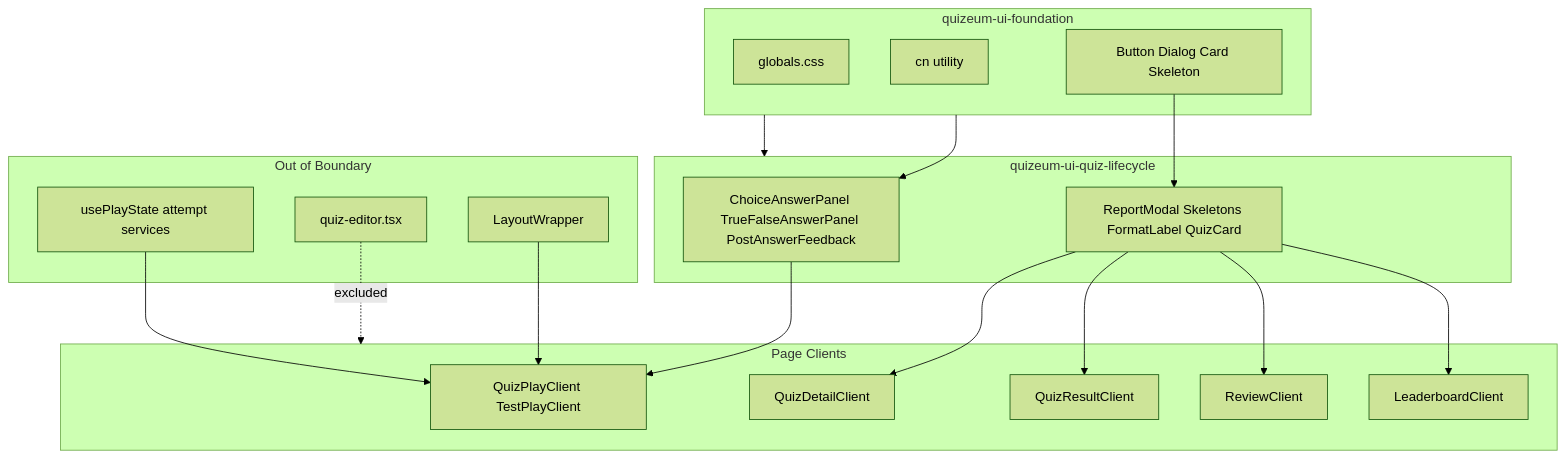
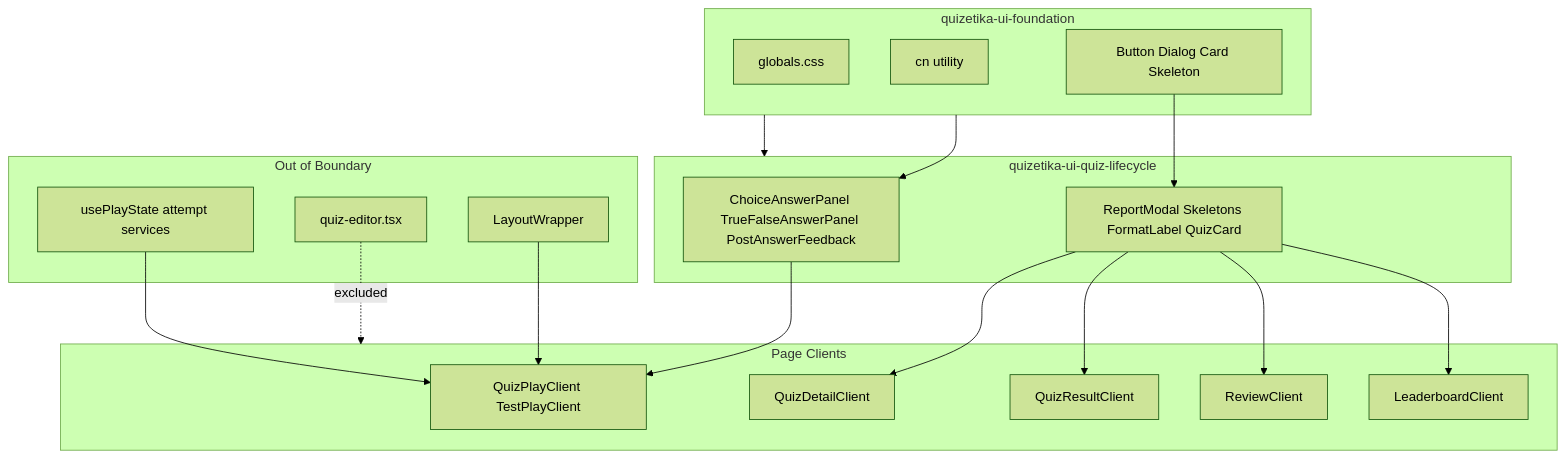
One commit to npressoworks/quizetika changed the first of 4 diagrams in .kiro/specs/quizeum-ui-quiz-lifecycle/design.md. Above: the diagram before and after it, drawn with Mermaid (forest theme). The commit also changed other lines of this file and 207 other files, not shown here.

````diff
--- a/.kiro/specs/quizeum-ui-quiz-lifecycle/design.md
+++ b/.kiro/specs/quizeum-ui-quiz-lifecycle/design.md
@@ -83,39 +83,39 @@
 ```mermaid
 graph TD
-    subgraph Foundation [quizeum-ui-foundation]
+    subgraph Foundation [quizetika-ui-foundation]
         Globals[globals.css]
         CN[cn utility]
         BaseUI[Button Dialog Card Skeleton]
     end
 
-    subgraph LifecyclePrimitives [quizeum-ui-quiz-lifecycle]
+    subgraph LifecyclePrimitives [quizetika-ui-quiz-lifecycle]
         AnswerPanels[ChoiceAnswerPanel TrueFalseAnswerPanel PostAnswerFeedback]
         SharedUI[ReportModal Skeletons FormatLabel QuizCard]
     end
 
     subgraph Pages [Page Clients]
         Detail[QuizDetailClient]
         Result[QuizResultClient]
         Review[ReviewClient]
         LB[LeaderboardClient]
         Play[QuizPlayClient TestPlayClient]
     end
 
     subgraph OutOfBoundary [Out of Boundary]
         PlayEngine[usePlayState attempt services]
         Editor[quiz-editor.tsx]
         Shell[LayoutWrapper]
     end
 
     Foundation --> LifecyclePrimitives
     Foundation --> AnswerPanels
     BaseUI --> SharedUI
     SharedUI --> Detail
     SharedUI --> Result
     SharedUI --> Review
     SharedUI --> LB
     AnswerPanels --> Play
     PlayEngine --> Play
     Shell --> Play
     Editor -.->|excluded| Pages
 ```
````
